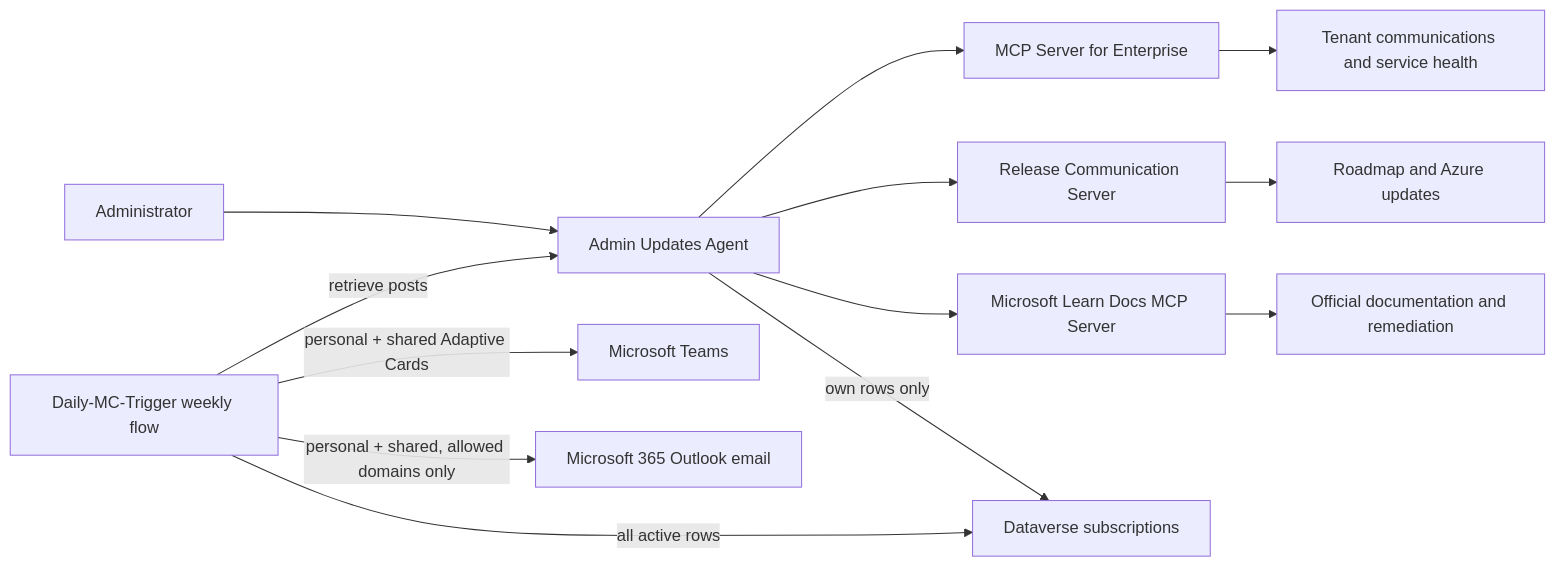
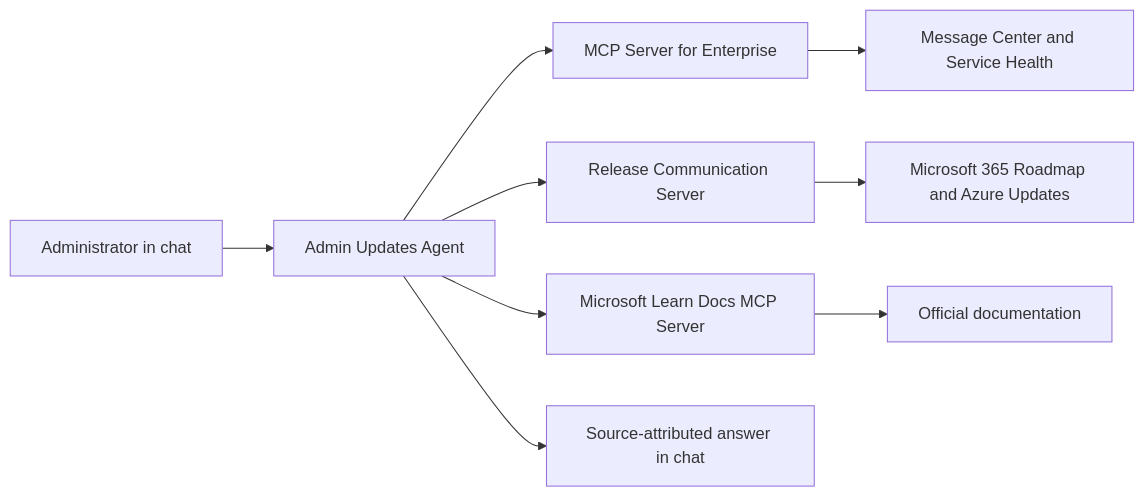
Before and after one commit to saurabhkoshta/Admin-Updates-Agents: the diagram in README.md, drawn with Mermaid. The commit also changed other lines of this file and 42 other files, not shown here.

First line of the commit message:
Simplify agent to chat-only and release package 1.2.0.0

````diff
--- a/README.md
+++ b/README.md
@@ -52,16 +51,11 @@
 ```mermaid
 flowchart LR
-    User[Administrator] --> Agent[Admin Updates Agent]
-    Flow[Daily-MC-Trigger weekly flow] -->|retrieve posts| Agent
+    User[Administrator in chat] --> Agent[Admin Updates Agent]
     Agent --> Enterprise[MCP Server for Enterprise]
     Agent --> Release[Release Communication Server]
     Agent --> Learn[Microsoft Learn Docs MCP Server]
-    Agent -->|own rows only| Dataverse[Dataverse subscriptions]
-    Flow -->|all active rows| Dataverse
-    Flow -->|personal + shared Adaptive Cards| Teams[Microsoft Teams]
-    Flow -->|personal + shared, allowed domains only| Email[Microsoft 365 Outlook email]
-
-    Enterprise --> Tenant[Tenant communications and service health]
-    Release --> Public[Roadmap and Azure updates]
-    Learn --> Docs[Official documentation and remediation]
+    Enterprise --> Tenant[Message Center and Service Health]
+    Release --> Public[Microsoft 365 Roadmap and Azure Updates]
+    Learn --> Docs[Official documentation]
+    Agent --> Answer[Source-attributed answer in chat]
 ```
````
